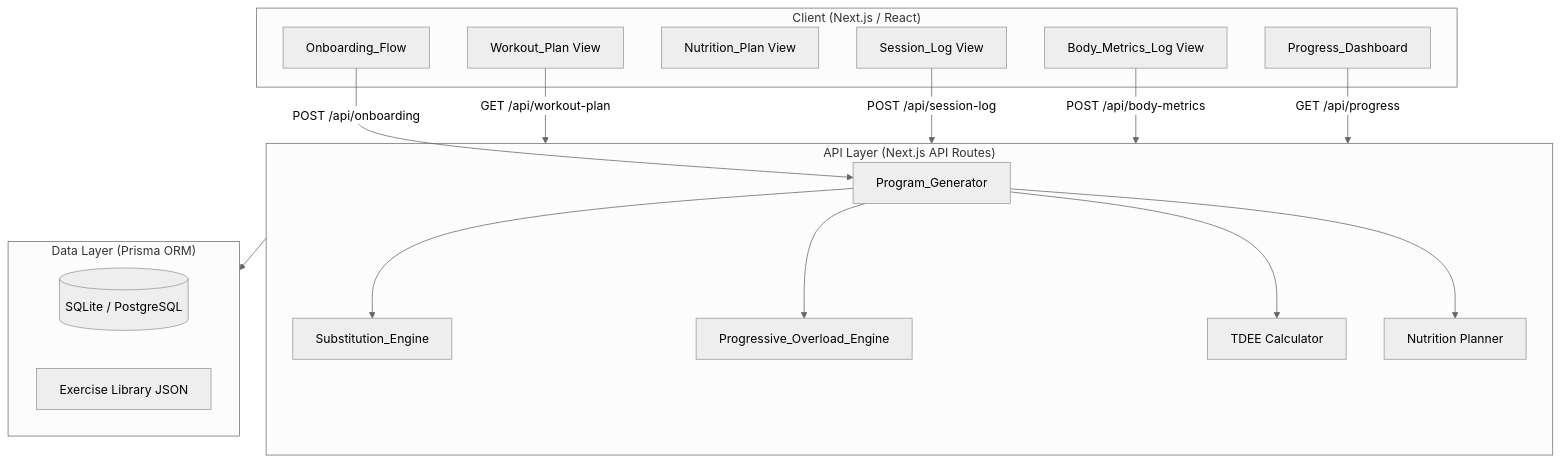
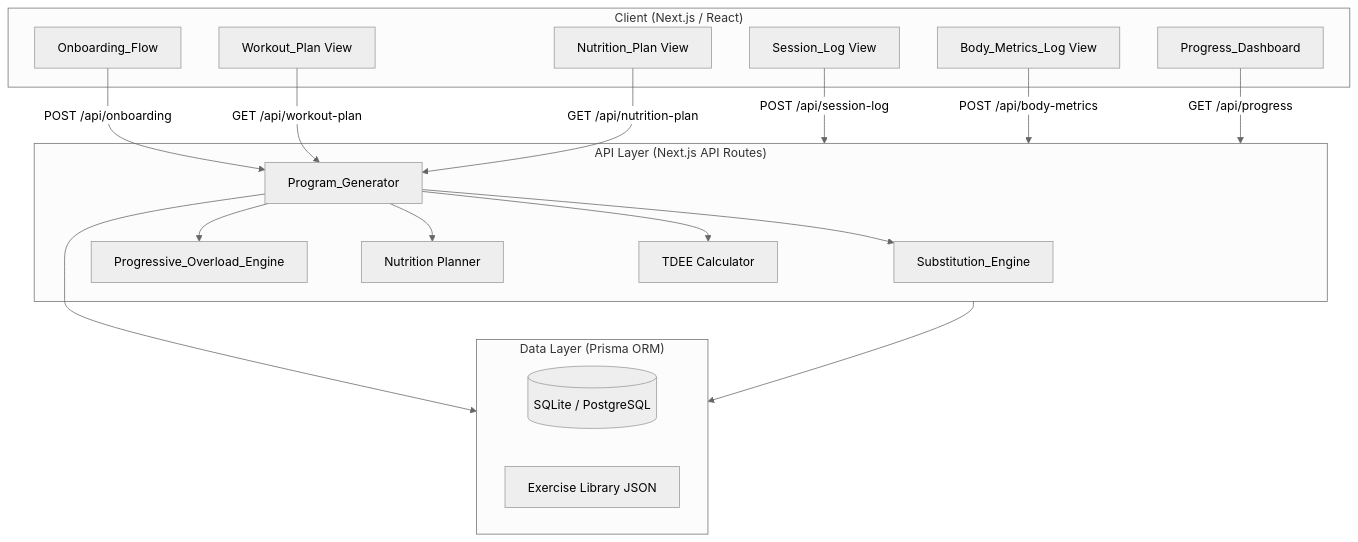
Before and after one commit to kennedysuon/kirohacks26: the diagram in .kiro/specs/curated-fitness-app/design.md, drawn with Mermaid (neutral theme). The commit also changed other lines of this file, not shown here.

````diff
--- a/.kiro/specs/curated-fitness-app/design.md
+++ b/.kiro/specs/curated-fitness-app/design.md
@@ -27,36 +27,38 @@
 ```mermaid
 graph TD
     subgraph Client ["Client (Next.js / React)"]
         OF[Onboarding_Flow]
         WP[Workout_Plan View]
         NP[Nutrition_Plan View]
         SL[Session_Log View]
         BM[Body_Metrics_Log View]
         PD[Progress_Dashboard]
     end
 
     subgraph API ["API Layer (Next.js API Routes)"]
         PG[Program_Generator]
         SE[Substitution_Engine]
         POE[Progressive_Overload_Engine]
         TDEE[TDEE Calculator]
         NUT[Nutrition Planner]
     end
 
     subgraph Data ["Data Layer (Prisma ORM)"]
         DB[(SQLite / PostgreSQL)]
         EL[Exercise Library JSON]
     end
 
     OF -->|POST /api/onboarding| PG
-    WP -->|GET /api/workout-plan| API
+    WP -->|GET /api/workout-plan| PG
+    NP -->|GET /api/nutrition-plan| PG
     SL -->|POST /api/session-log| API
     BM -->|POST /api/body-metrics| API
     PD -->|GET /api/progress| API
 
     PG --> SE
     PG --> TDEE
     PG --> NUT
     PG --> POE
     API --> Data
+    PG --> Data
 ```
````
